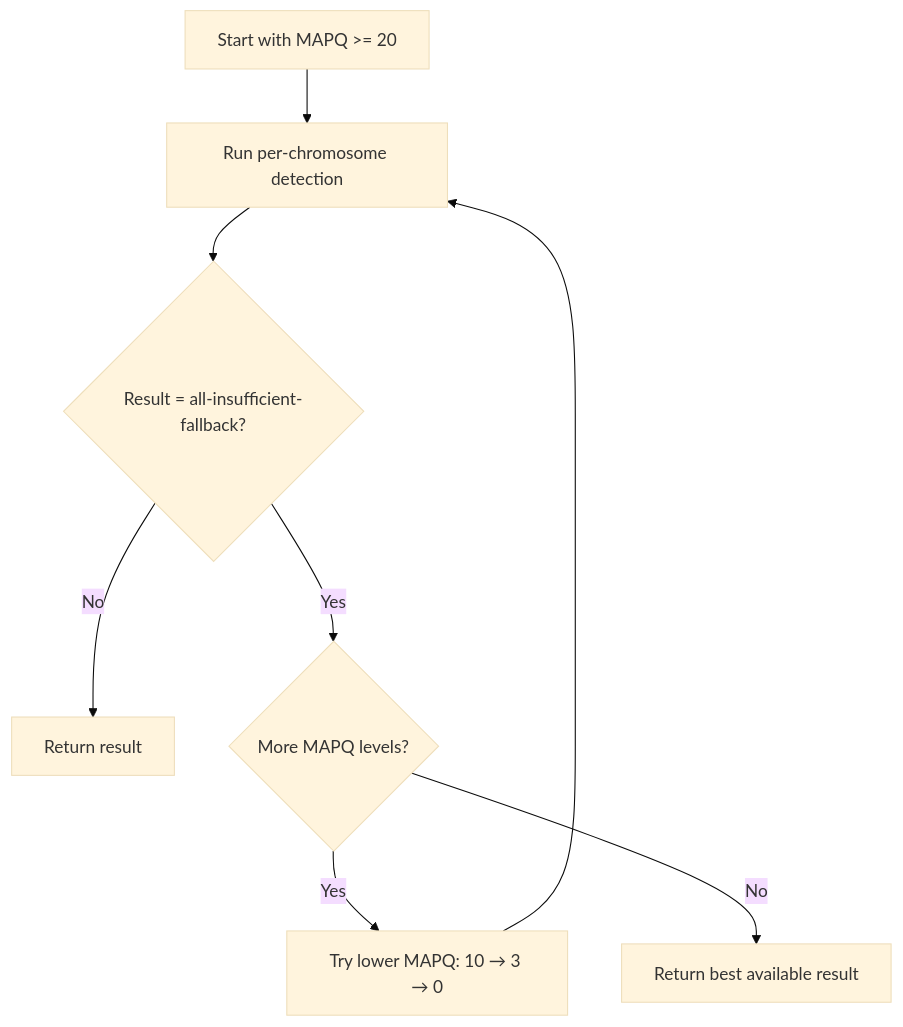
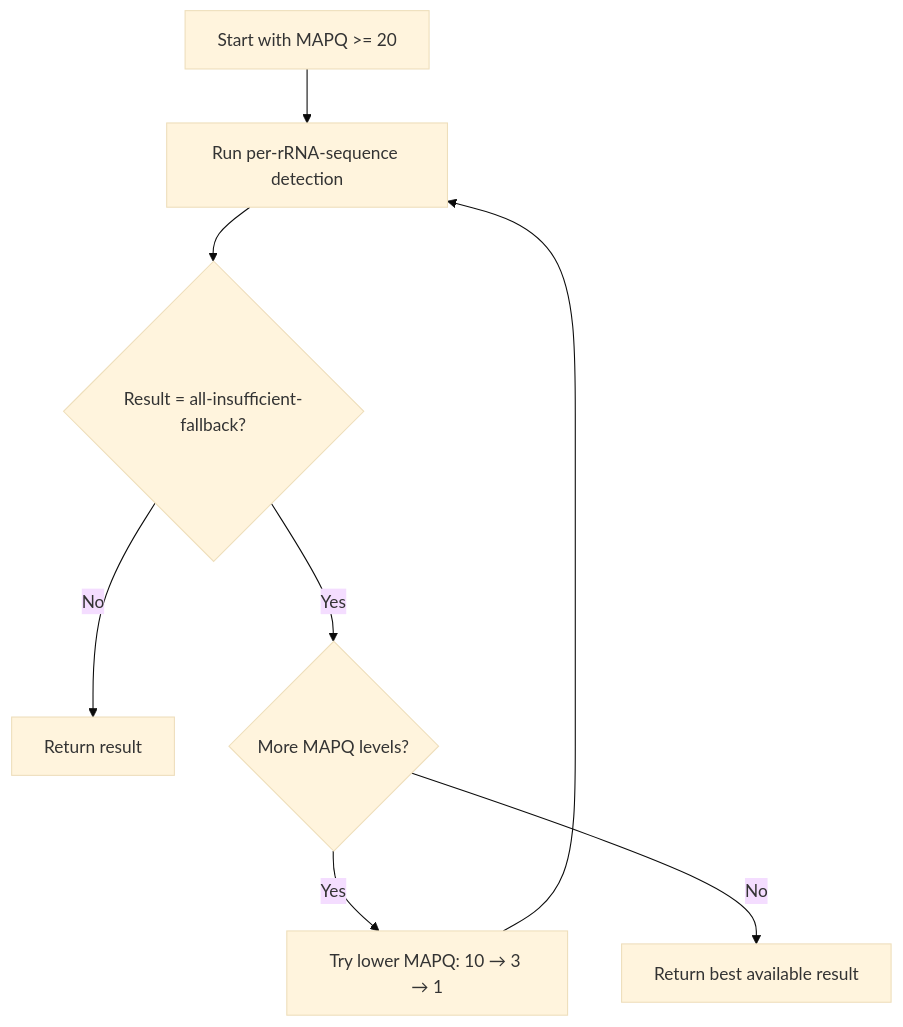
Before and after one commit to yudalang3/resolveS: the third of 4 diagrams in README.md, drawn with Mermaid (base theme). The commit also changed other lines of this file and 7 other files, not shown here.

Commit message:
refactor: migrate detection logic from chromosome-based to rRNA-sequence-based, update adaptive MAPQ thresholds to 1, and add supporting scripts.

````diff
--- a/README.md
+++ b/README.md
@@ -252,10 +252,10 @@
 ```mermaid
 flowchart TD
-    A["Start with MAPQ >= 20"] --> B["Run per-chromosome detection"]
+    A["Start with MAPQ >= 20"] --> B["Run per-rRNA-sequence detection"]
     B --> C{"Result = all-insufficient-fallback?"}
     C -->|No| D["Return result"]
     C -->|Yes| E{"More MAPQ levels?"}
-    E -->|Yes| F["Try lower MAPQ: 10 → 3 → 0"]
+    E -->|Yes| F["Try lower MAPQ: 10 → 3 → 1"]
     F --> B
     E -->|No| G["Return best available result"]
 ```
````
